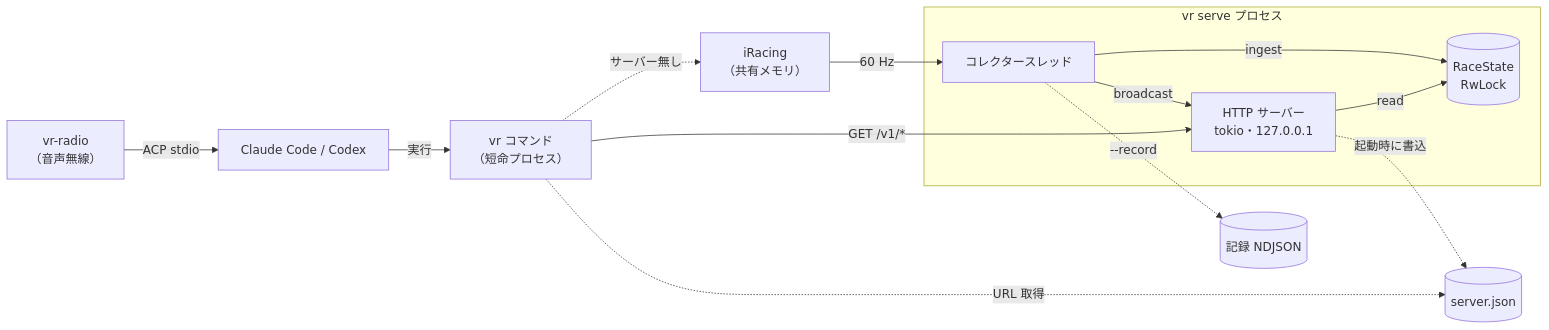
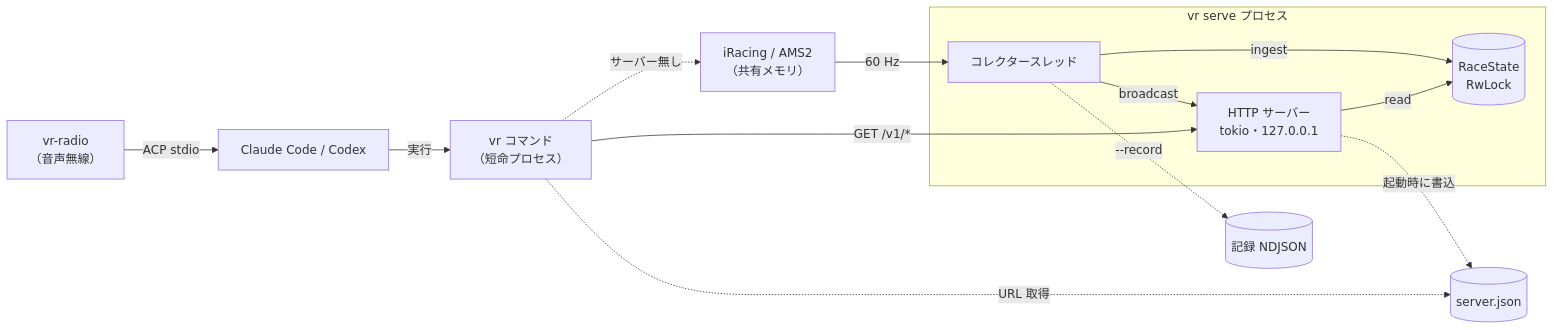
Before and after one commit to r4ai/vibe-racing: the second of 5 diagrams in docs/architecture.md, drawn with Mermaid. The commit also changed other lines of this file and 34 other files, not shown here.

````diff
--- a/docs/architecture.md
+++ b/docs/architecture.md
@@ -76,26 +77,26 @@
 ```mermaid
 flowchart LR
-    Game["iRacing<br/>（共有メモリ）"]
+    Game["iRacing / AMS2<br/>（共有メモリ）"]
     subgraph Serve["vr serve プロセス"]
         Col["コレクタースレッド"]
         St[("RaceState<br/>RwLock")]
         Http["HTTP サーバー<br/>tokio・127.0.0.1"]
         Col -->|ingest| St
         Http -->|read| St
         Col -->|broadcast| Http
     end
     Radio["vr-radio<br/>（音声無線）"]
     Agent["Claude Code / Codex"]
     Vr["vr コマンド<br/>（短命プロセス）"]
     Disc[("server.json")]
     Rec[("記録 NDJSON")]
 
     Game -->|60 Hz| Col
     Col -.->|--record| Rec
     Http -.->|起動時に書込| Disc
     Radio -->|ACP stdio| Agent
     Agent -->|実行| Vr
     Vr -.->|URL 取得| Disc
     Vr -->|GET /v1/*| Http
     Vr -.->|サーバー無し| Game
 ```
````
